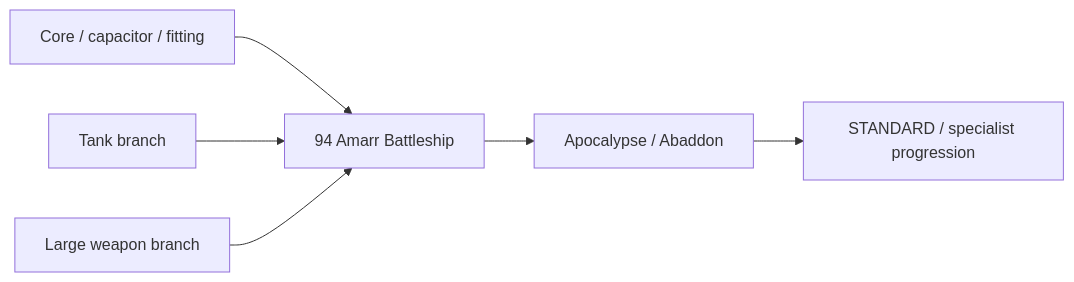
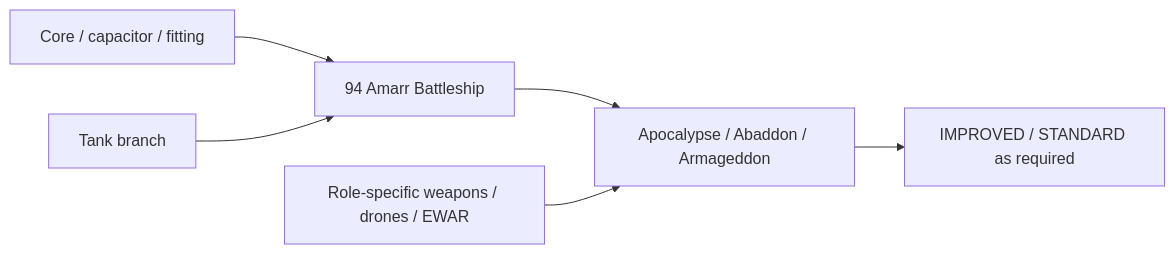
One commit to Blizbor/EvE-Modular-Skillplans changed the diagram in training-paths/battleships/amarr/DIAGRAM-EN.md. Above: the diagram before and after it, drawn with Mermaid. The commit also changed 32 other files, not shown here.

````diff
--- a/training-paths/battleships/amarr/DIAGRAM-EN.md
+++ b/training-paths/battleships/amarr/DIAGRAM-EN.md
@@ -5,8 +5,8 @@
 ```mermaid
 flowchart LR
     CORE[Core / capacitor / fitting] --> B[94 Amarr Battleship]
     T[Tank branch] --> B
-    W[Large weapon branch] --> B
-    B --> H[Apocalypse / Abaddon]
-    H --> SPEC[STANDARD / specialist progression]
+    B --> H[Apocalypse / Abaddon / Armageddon]
+    ROLE[Role-specific weapons / drones / EWAR] --> H
+    H --> SPEC[IMPROVED / STANDARD as required]
 ```
````
